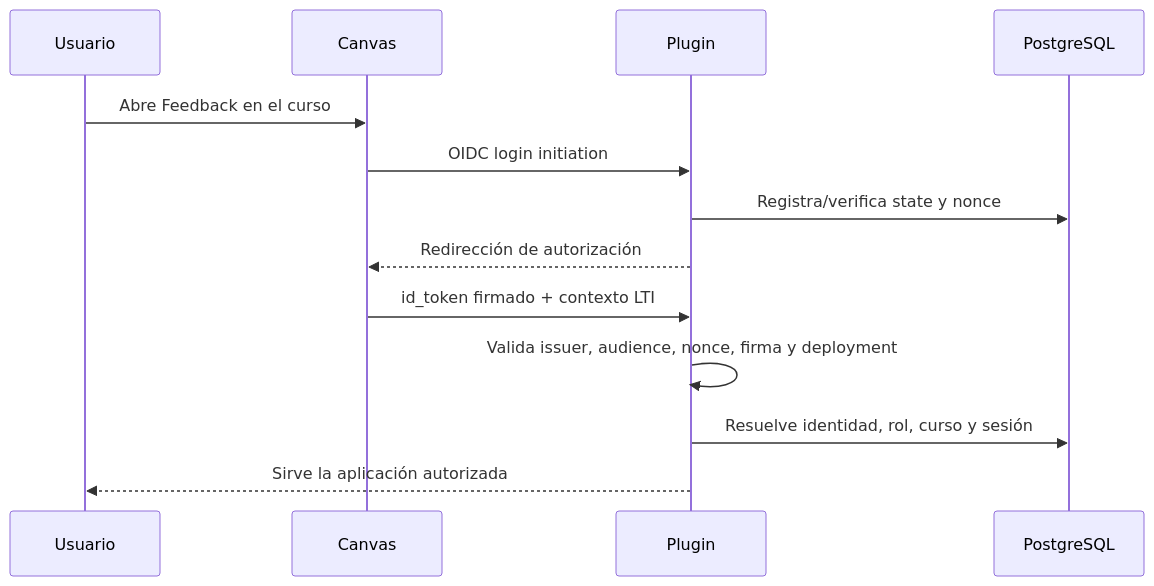
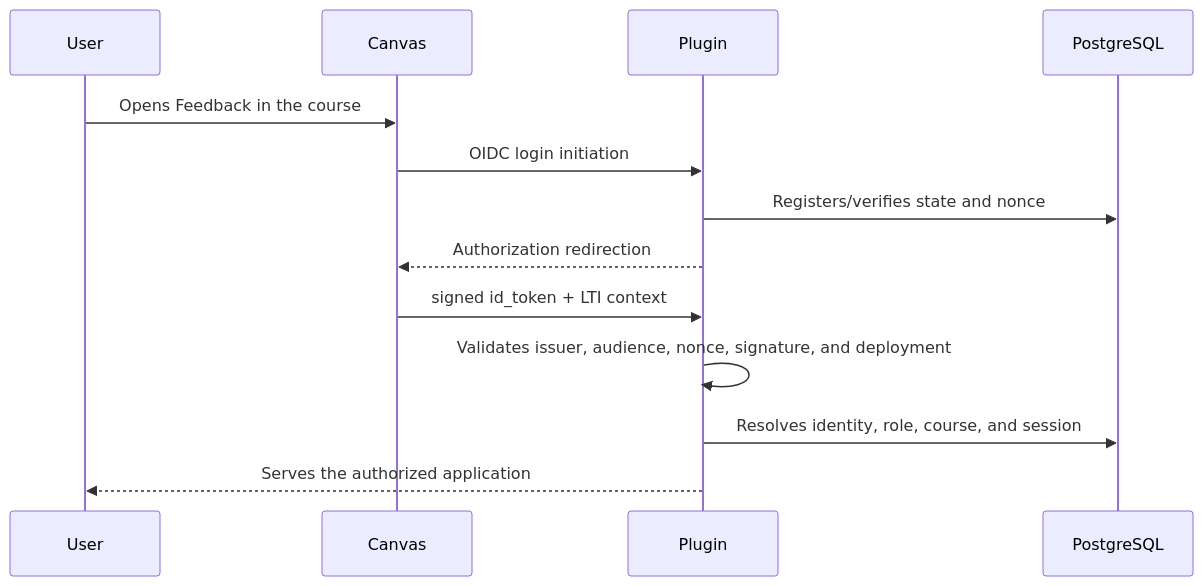
Before and after one commit to JaimeArriagadaRosas/Plugin-Feedback-Canvas: the third of 3 diagrams in docs/ARCHITECTURE.md, drawn with Mermaid. The commit also changed other lines of this file and 291 other files, not shown here.

````diff
--- a/docs/ARCHITECTURE.md
+++ b/docs/ARCHITECTURE.md
@@ -91,16 +95,16 @@
 ```mermaid
 sequenceDiagram
-    participant U as Usuario
+    participant U as User
     participant C as Canvas
     participant P as Plugin
     participant D as PostgreSQL
 
-    U->>C: Abre Feedback en el curso
+    U->>C: Opens Feedback in the course
     C->>P: OIDC login initiation
-    P->>D: Registra/verifica state y nonce
-    P-->>C: Redirección de autorización
-    C->>P: id_token firmado + contexto LTI
-    P->>P: Valida issuer, audience, nonce, firma y deployment
-    P->>D: Resuelve identidad, rol, curso y sesión
-    P-->>U: Sirve la aplicación autorizada
+    P->>D: Registers/verifies state and nonce
+    P-->>C: Authorization redirection
+    C->>P: signed id_token + LTI context
+    P->>P: Validates issuer, audience, nonce, signature, and deployment
+    P->>D: Resolves identity, role, course, and session
+    P-->>U: Serves the authorized application
 ```
````
